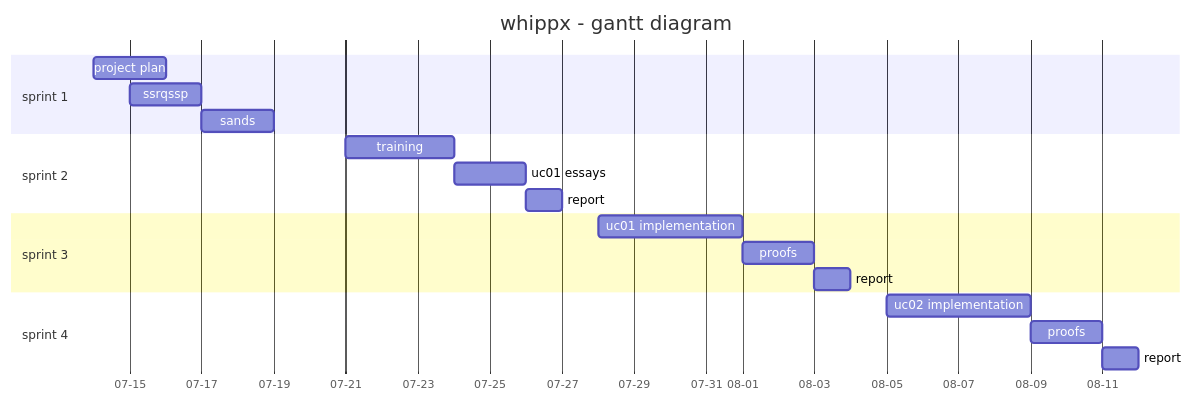
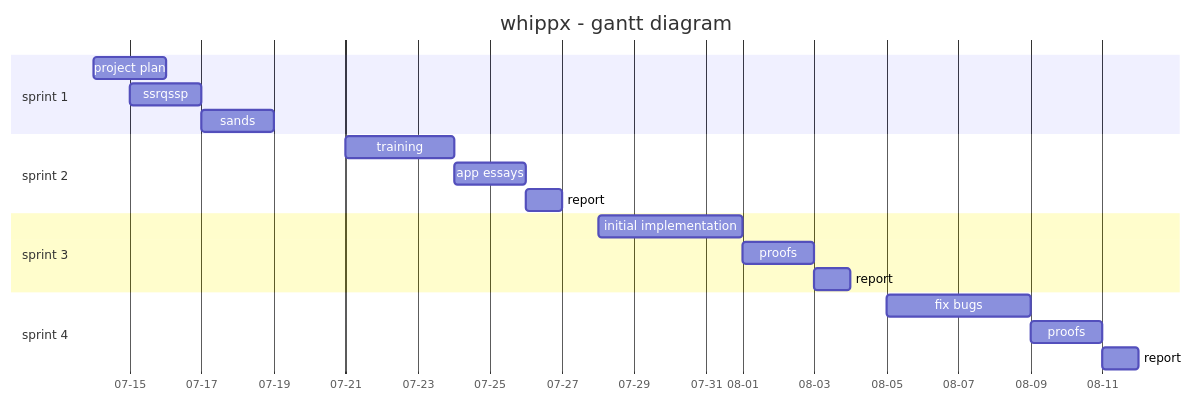
One commit to nzzrs/whippx changed the diagram in management/project plan.md. Above: the diagram before and after it, drawn with Mermaid. The commit also changed other lines of this file and 9 other files, not shown here.

````diff
--- a/management/project plan.md
+++ b/management/project plan.md
@@ -8,35 +8,35 @@
 ```mermaid
 
 %%{init: {"theme": "corporate", "gantt": {"axisFormat": "%m-%d"}}}%%
 
 gantt
 
 title whippx - gantt diagram
 
 dateFormat YYYY-MM-DD
 
 section sprint 1
 
 	project plan               :a1, 2024-07-14, 2d
 	ssrqssp                     :a3, 2024-07-15, 2d
 	sands                     :a4, after a3,   2d
 
 section sprint 2
 
 	training                   :b1, 2024-07-21, 3d
-	uc01 essays                :b2, after b1,   2d
+	app essays                :b2, after b1,   2d
 	report                     :b3, after b2,   1d
 
 section sprint 3
 
-	uc01 implementation        :c1, 2024-07-28, 4d
+	initial implementation        :c1, 2024-07-28, 4d
 	proofs                     :c2, after c1,   2d
 	report                     :c3, after c2,   1d
 
 section sprint 4
 
-	uc02 implementation        :d1, 2024-08-05, 4d
+	fix bugs        :d1, 2024-08-05, 4d
 	proofs                     :d2, after d1,   2d
 	report                     :d3, after d2,   1d
 
 ```
````
